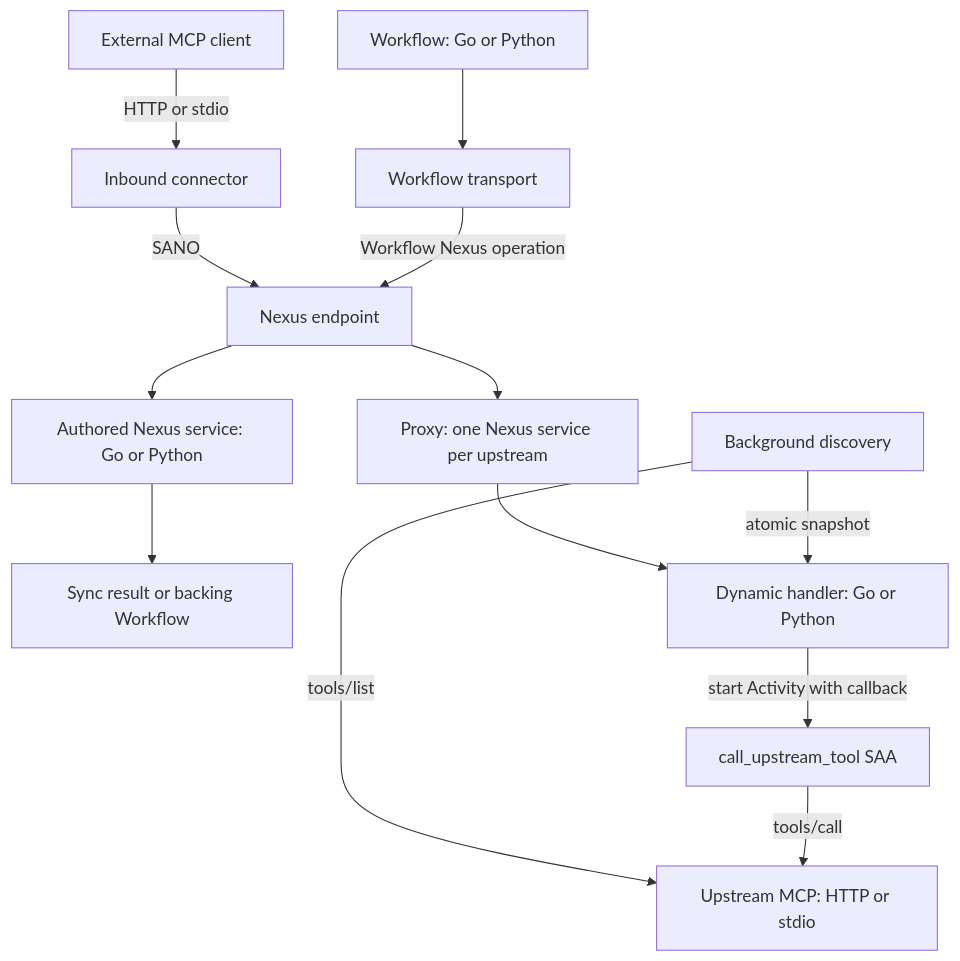
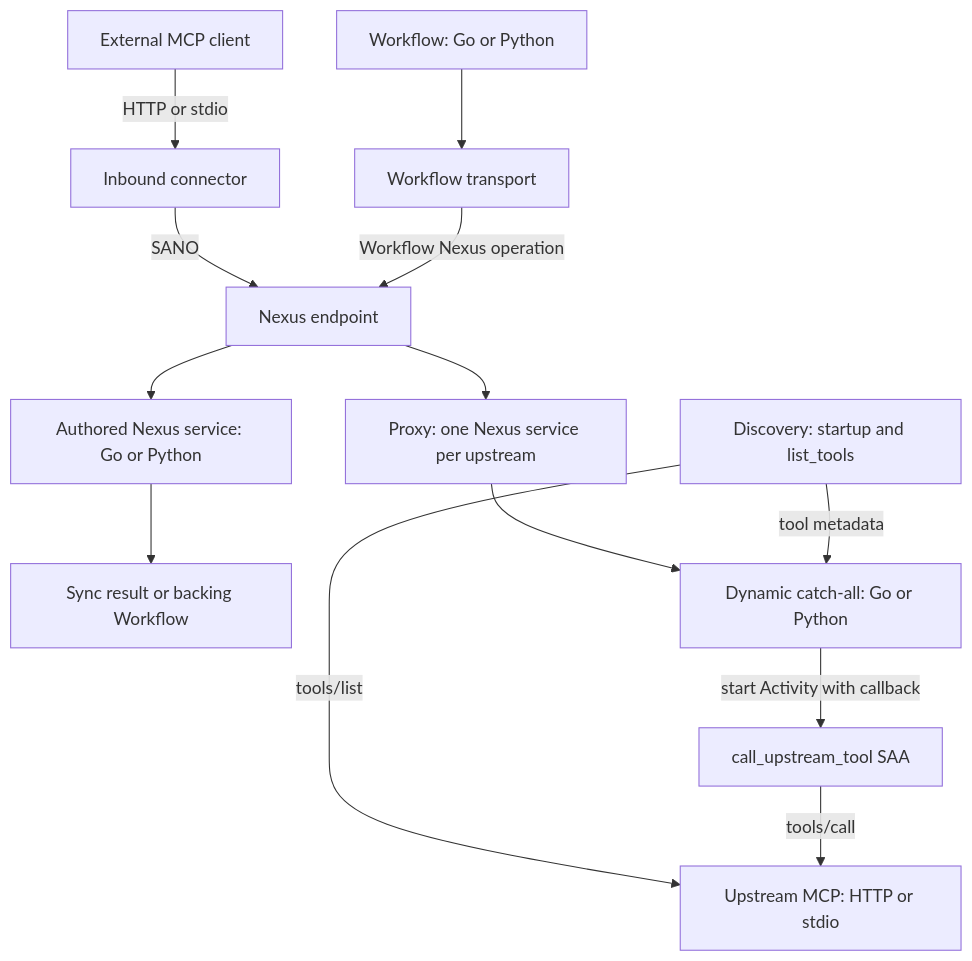
One commit to long-nt-tran/durable-mcp-connector changed the first of 4 diagrams in ARCHITECTURE.md. Above: the diagram before and after it, drawn with Mermaid. The commit also changed other lines of this file and 22 other files, not shown here.

Commit message:
Use catch-all handler, remove custom hook for activity ID

````diff
--- a/ARCHITECTURE.md
+++ b/ARCHITECTURE.md
@@ -14,14 +14,14 @@
 ```mermaid
 flowchart TB
   C["External MCP client"] -->|"HTTP or stdio"| I["Inbound connector"]
   W["Workflow: Go or Python"] --> T["Workflow transport"]
   I -->|"SANO"| E["Nexus endpoint"]
   T -->|"Workflow Nexus operation"| E
   E --> A["Authored Nexus service: Go or Python"]
   E --> P["Proxy: one Nexus service per upstream"]
   A --> S["Sync result or backing Workflow"]
-  P --> H["Dynamic handler: Go or Python"] -->|"start Activity with callback"| R["call_upstream_tool SAA"]
-  D["Background discovery"] -->|"tools/list"| U["Upstream MCP: HTTP or stdio"]
-  D -->|"atomic snapshot"| H
+  P --> H["Dynamic catch-all: Go or Python"] -->|"start Activity with callback"| R["call_upstream_tool SAA"]
+  D["Discovery: startup and list_tools"] -->|"tools/list"| U["Upstream MCP: HTTP or stdio"]
+  D -->|"tool metadata"| H
   R -->|"tools/call"| U
 ```
````
